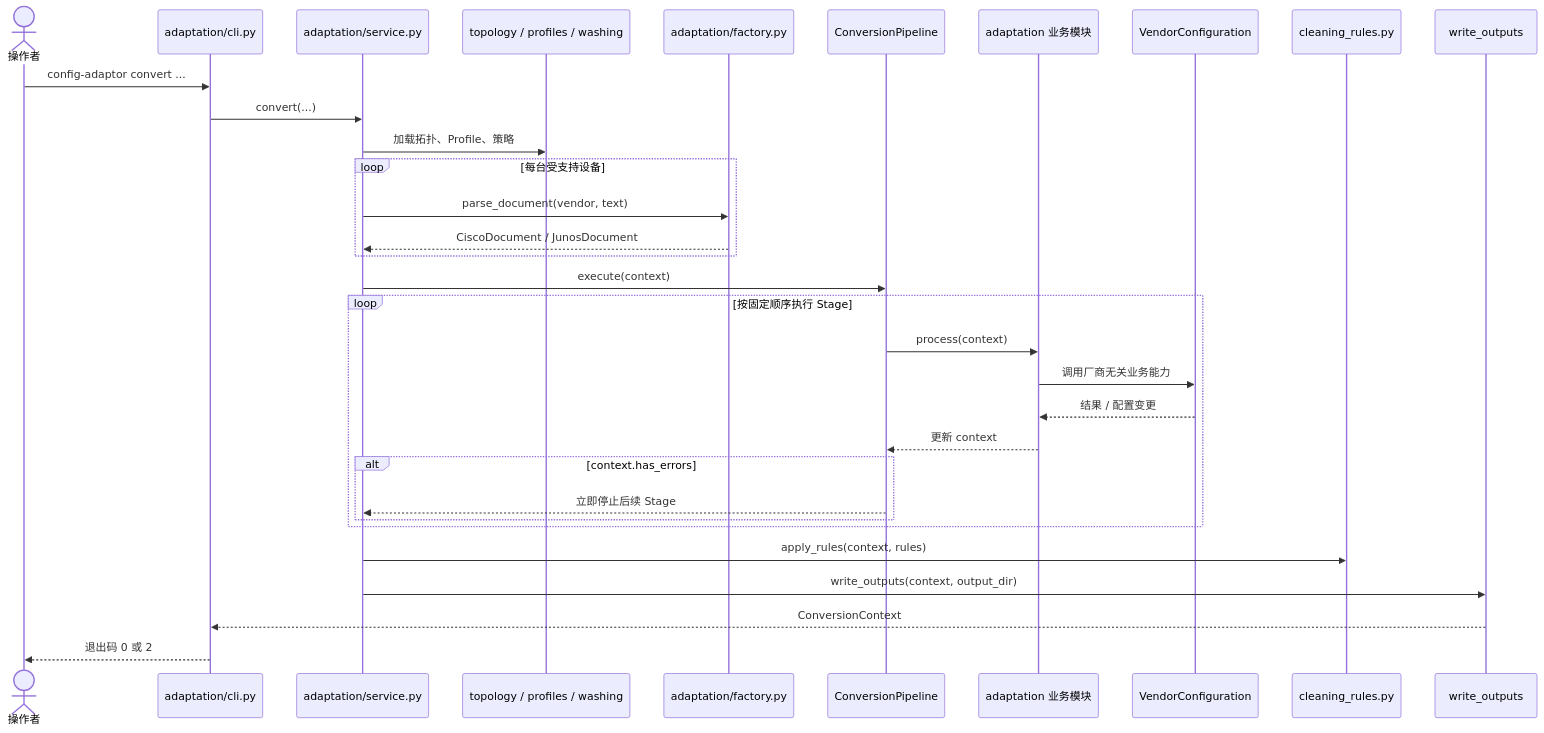
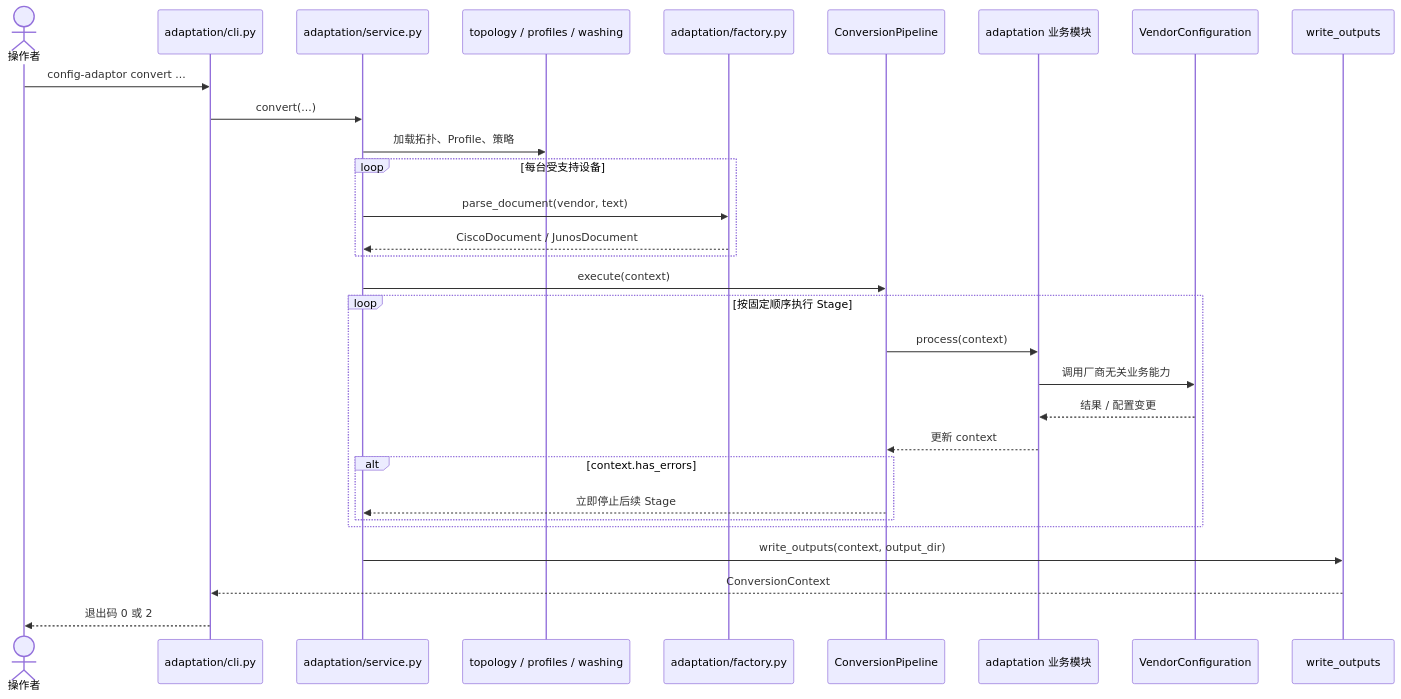
Before and after one commit to xiaobaozi01/config-mapping: the fourth of 12 diagrams in docs/onboarding-guide.md, drawn with Mermaid. The commit also changed other lines of this file and 28 other files, not shown here.

Commit message:
refactor: unify vendor cleaning rules

````diff
--- a/docs/onboarding-guide.md
+++ b/docs/onboarding-guide.md
@@ -189,35 +187,33 @@
 ```mermaid
 sequenceDiagram
     actor User as 操作者
     participant CLI as adaptation/cli.py
     participant Entry as adaptation/service.py
     participant IO as topology / profiles / washing
     participant Parser as adaptation/factory.py
     participant Flow as ConversionPipeline
     participant Stage as adaptation 业务模块
     participant Doc as VendorConfiguration
-    participant Rules as cleaning_rules.py
     participant Output as write_outputs
 
     User->>CLI: config-adaptor convert ...
     CLI->>Entry: convert(...)
     Entry->>IO: 加载拓扑、Profile、策略
     loop 每台受支持设备
         Entry->>Parser: parse_document(vendor, text)
         Parser-->>Entry: CiscoDocument / JunosDocument
     end
     Entry->>Flow: execute(context)
     loop 按固定顺序执行 Stage
         Flow->>Stage: process(context)
         Stage->>Doc: 调用厂商无关业务能力
         Doc-->>Stage: 结果 / 配置变更
         Stage-->>Flow: 更新 context
         alt context.has_errors
             Flow-->>Entry: 立即停止后续 Stage
         end
     end
-    Entry->>Rules: apply_rules(context, rules)
     Entry->>Output: write_outputs(context, output_dir)
     Output-->>CLI: ConversionContext
     CLI-->>User: 退出码 0 或 2
 ```
````
